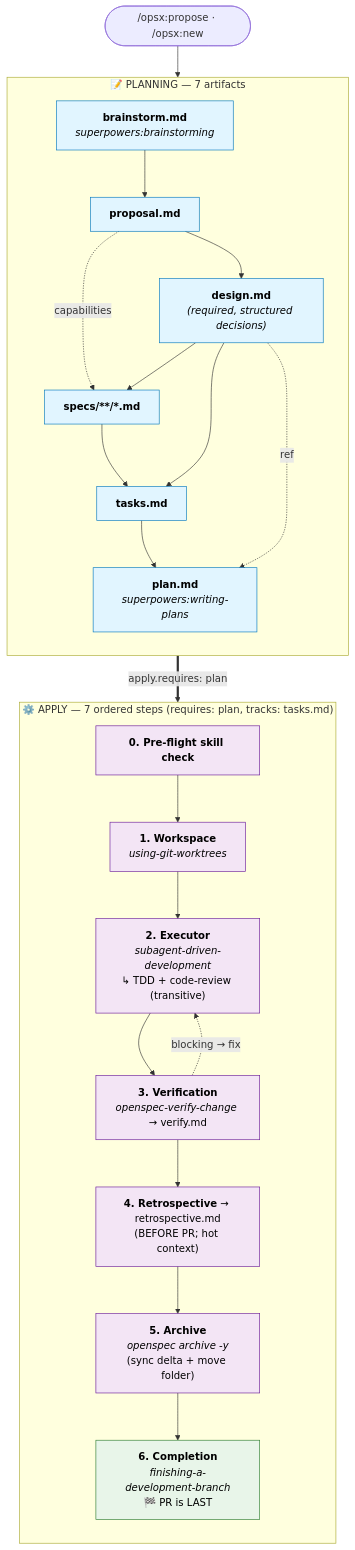
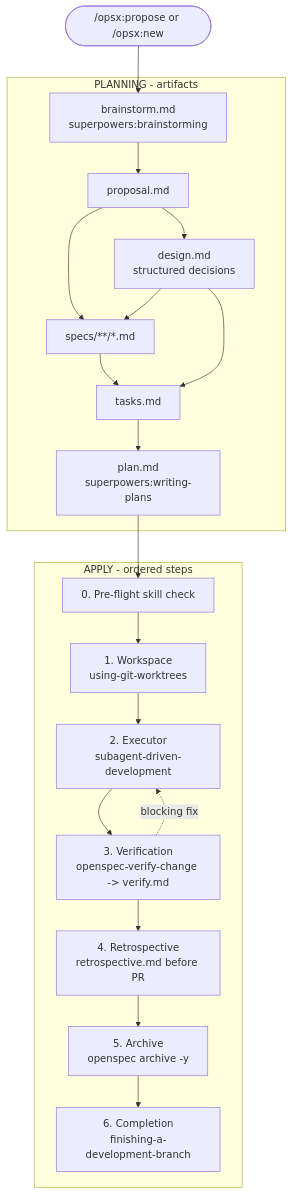
Before and after one commit to AlekseiSeleznev/openspec-schemas: the diagram in superpowers-bridge/README.md, drawn with Mermaid. The commit also changed other lines of this file and 20 other files, not shown here.

First line of the commit message:
fix(superpowers-bridge): require clarified brainstorm gate

````diff
--- a/superpowers-bridge/README.md
+++ b/superpowers-bridge/README.md
@@ -269,49 +192,38 @@
 ```mermaid
 flowchart TD
-    Start([/opsx:propose · /opsx:new])
+    Start(["/opsx:propose or /opsx:new"])
 
-    subgraph Plan ["📝 PLANNING — 7 artifacts"]
-        direction TB
-        BS["<b>brainstorm.md</b><br/><i>superpowers:brainstorming</i>"]
-        PROP["<b>proposal.md</b>"]
-        DES["<b>design.md</b><br/><i>(required, structured decisions)</i>"]
-        SP["<b>specs/**/*.md</b>"]
-        TK["<b>tasks.md</b>"]
-        PL["<b>plan.md</b><br/><i>superpowers:writing-plans</i>"]
+    subgraph Plan ["PLANNING - artifacts"]
+        BS["brainstorm.md<br/>superpowers:brainstorming"]
+        PROP["proposal.md"]
+        DES["design.md<br/>structured decisions"]
+        SP["specs/**/*.md"]
+        TK["tasks.md"]
+        PL["plan.md<br/>superpowers:writing-plans"]
 
         BS --> PROP
         PROP --> DES
-        PROP -. capabilities .-> SP
+        PROP --> SP
         DES --> SP
         SP --> TK
         DES --> TK
         TK --> PL
-        DES -. ref .-> PL
     end
 
-    subgraph Apply ["⚙️ APPLY — 7 ordered steps (requires: plan, tracks: tasks.md)"]
-        direction TB
-        A0["<b>0. Pre-flight skill check</b>"]
-        A1["<b>1. Workspace</b><br/><i>using-git-worktrees</i>"]
-        A2["<b>2. Executor</b><br/><i>subagent-driven-development</i><br/>↳ TDD + code-review (transitive)"]
-        A3["<b>3. Verification</b><br/><i>openspec-verify-change</i> → verify.md"]
-        A4["<b>4. Retrospective</b> → retrospective.md<br/>(BEFORE PR; hot context)"]
-        A5["<b>5. Archive</b><br/><i>openspec archive -y</i><br/>(sync delta + move folder)"]
-        A6["<b>6. Completion</b><br/><i>finishing-a-development-branch</i><br/>🏁 PR is LAST"]
+    subgraph Apply ["APPLY - ordered steps"]
+        A0["0. Pre-flight skill check"]
+        A1["1. Workspace<br/>using-git-worktrees"]
+        A2["2. Executor<br/>subagent-driven-development"]
+        A3["3. Verification<br/>openspec-verify-change -> verify.md"]
+        A4["4. Retrospective<br/>retrospective.md before PR"]
+        A5["5. Archive<br/>openspec archive -y"]
+        A6["6. Completion<br/>finishing-a-development-branch"]
 
         A0 --> A1 --> A2 --> A3
-        A3 -. blocking → fix .-> A2
+        A3 -. blocking fix .-> A2
         A3 --> A4 --> A5 --> A6
     end
 
     Start --> BS
-    PL ==>|apply.requires: plan| A0
-
-    classDef artifact fill:#e1f5ff,stroke:#0277bd,color:#000
-    classDef step fill:#f3e5f5,stroke:#6a1b9a,color:#000
-    classDef capstone fill:#e8f5e9,stroke:#2e7d32,color:#000
-
-    class BS,PROP,DES,SP,TK,PL artifact
-    class A0,A1,A2,A3,A4,A5 step
-    class A6 capstone
+    PL --> A0
 ```
````
